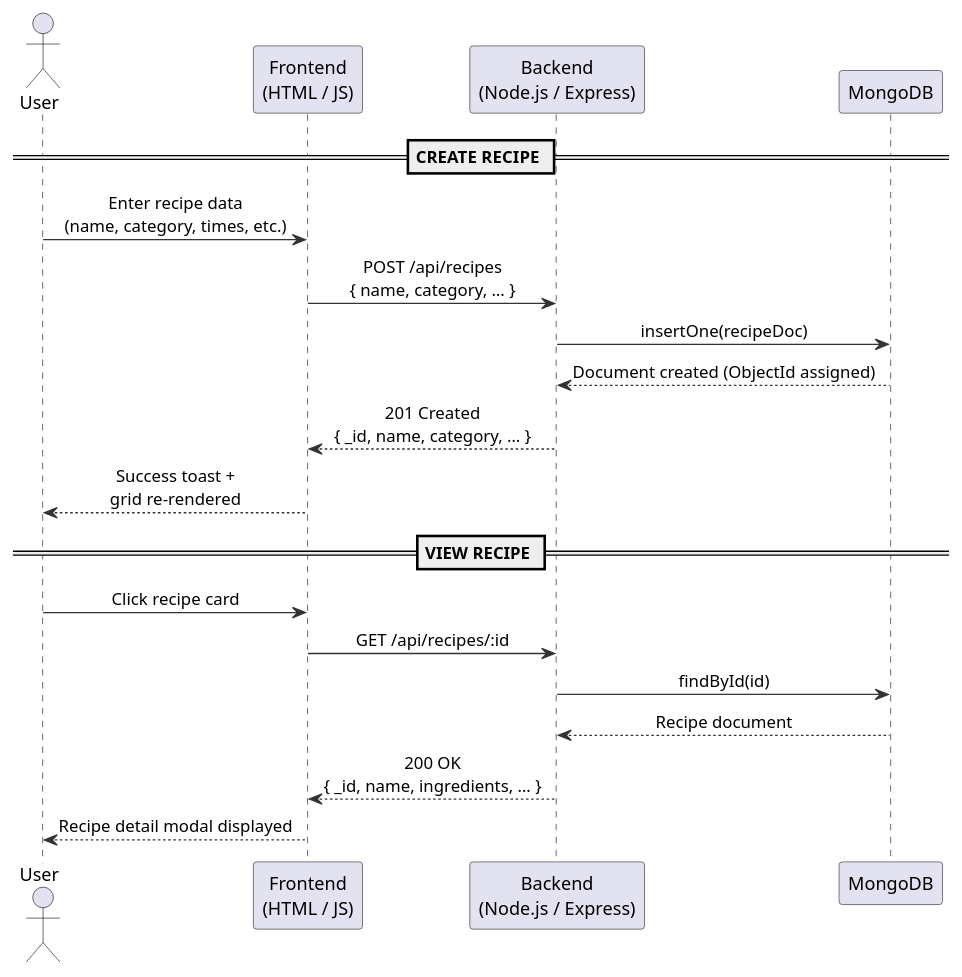
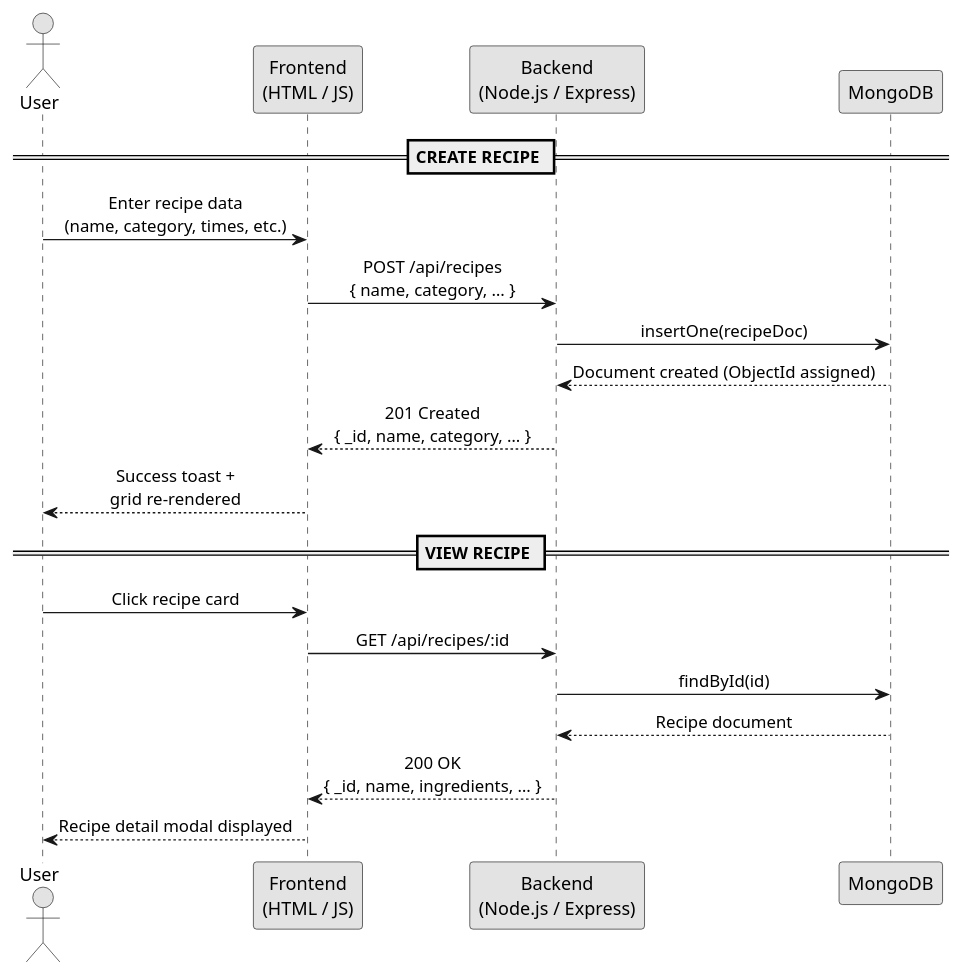
The second of 8 diagrams in DOCUMENTATION.md (ArwaMohey/ADB-Project), drawn with PlantUML before and after one commit. The commit also changed other lines of this file, not shown here.

First line of the commit message:
docs: add skinparam monochrome true to all PlantUML blocks and add NoSQL ERD diagram (Section 2.8)"

````diff
--- a/DOCUMENTATION.md
+++ b/DOCUMENTATION.md
@@ -146,31 +143,30 @@
 ```plantuml
 @startuml RecipeVault_Sequence_CreateView
+skinparam monochrome true
 skinparam sequenceMessageAlign center
-skinparam sequenceParticipantBorderColor #333333
-skinparam sequenceArrowColor #333333
 
 actor User
 participant "Frontend\n(HTML / JS)" as FE
 participant "Backend\n(Node.js / Express)" as BE
 participant "MongoDB" as DB
 
 == CREATE RECIPE ==
 
 User -> FE    : Enter recipe data\n(name, category, times, etc.)
 FE   -> BE    : POST /api/recipes\n{ name, category, … }
 BE   -> DB    : insertOne(recipeDoc)
 DB   --> BE   : Document created (ObjectId assigned)
 BE   --> FE   : 201 Created\n{ _id, name, category, … }
 FE   --> User : Success toast +\ngrid re-rendered
 
 == VIEW RECIPE ==
 
 User -> FE    : Click recipe card
 FE   -> BE    : GET /api/recipes/:id
 BE   -> DB    : findById(id)
 DB   --> BE   : Recipe document
 BE   --> FE   : 200 OK\n{ _id, name, ingredients, … }
 FE   --> User : Recipe detail modal displayed
 
 @enduml
 ```
````
